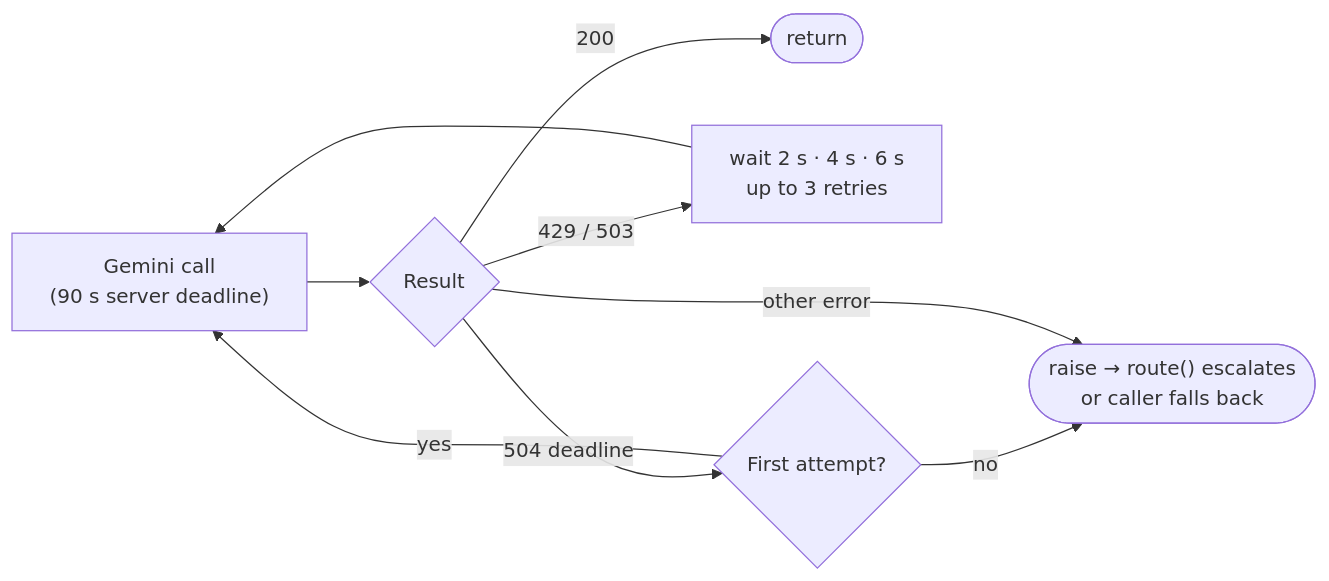
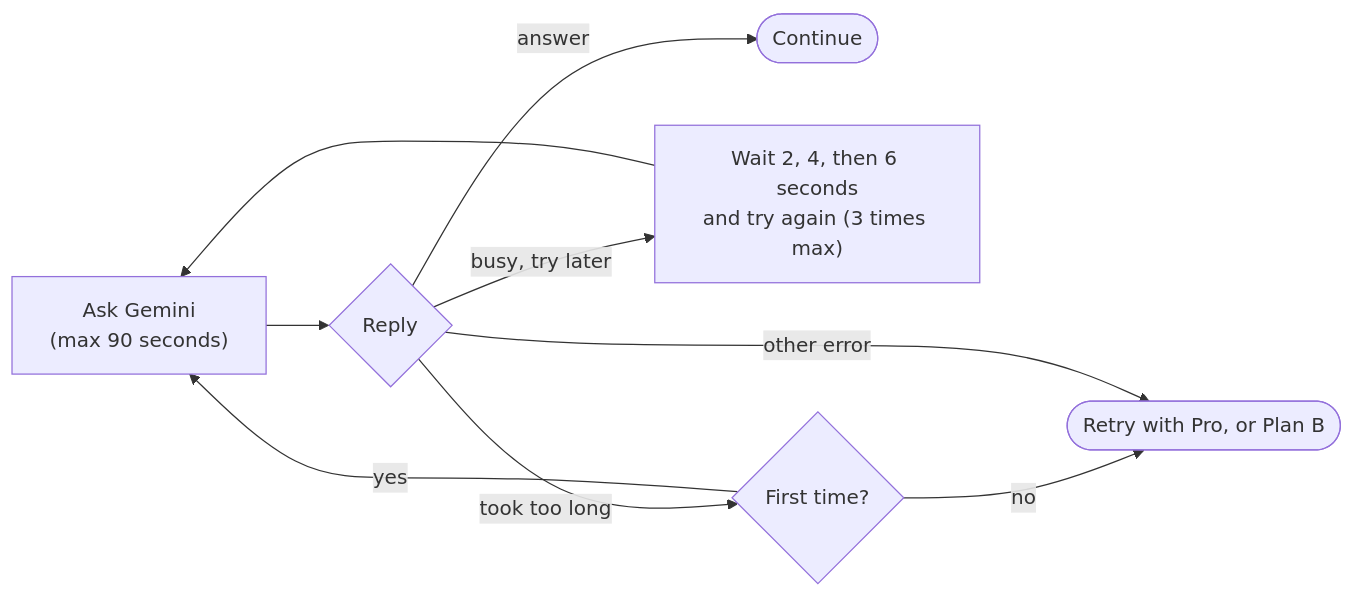
Before and after one commit to Chaitanya674/Recal-AI: the fourth of 19 diagrams in docs/DOCUMENTATION.md, drawn with Mermaid. The commit also changed other lines of this file, not shown here.

````diff
--- a/docs/DOCUMENTATION.md
+++ b/docs/DOCUMENTATION.md
@@ -263,10 +291,10 @@
 ```mermaid
 flowchart LR
-    CALL["Gemini call<br/>(90 s server deadline)"] --> R{"Result"}
-    R -- "200" --> DONE(["return"])
-    R -- "429 / 503" --> W["wait 2 s · 4 s · 6 s<br/>up to 3 retries"] --> CALL
-    R -- "504 deadline" --> ONCE{"First attempt?"}
-    ONCE -- yes --> CALL
-    ONCE -- no --> RAISE(["raise → route() escalates<br/>or caller falls back"])
-    R -- "other error" --> RAISE
+    CALL["Ask Gemini<br/>(max 90 seconds)"] --> R{"Reply"}
+    R -- "answer" --> DONE(["Continue"])
+    R -- "busy, try later" --> WAIT["Wait 2, 4, then 6 seconds<br/>and try again (3 times max)"] --> CALL
+    R -- "took too long" --> AGAIN{"First time?"}
+    AGAIN -- yes --> CALL
+    AGAIN -- no --> GIVEUP(["Retry with Pro, or Plan B"])
+    R -- "other error" --> GIVEUP
 ```
````
